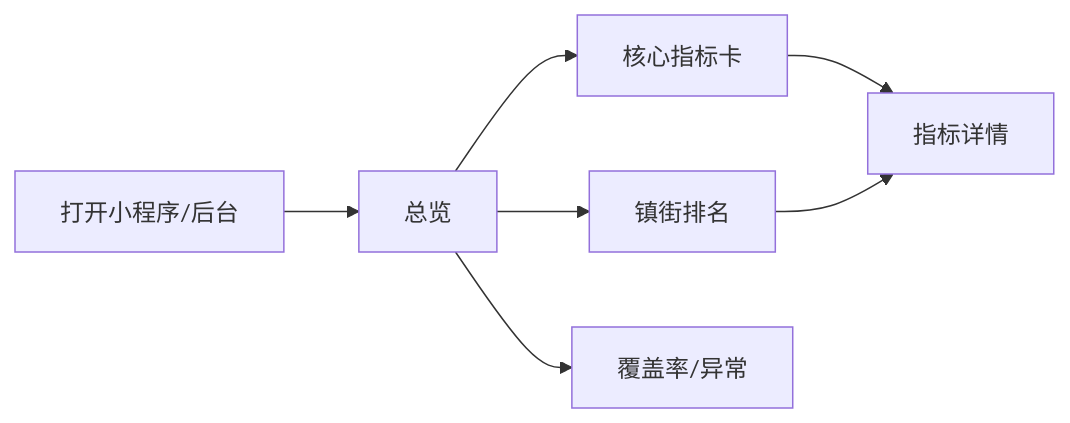
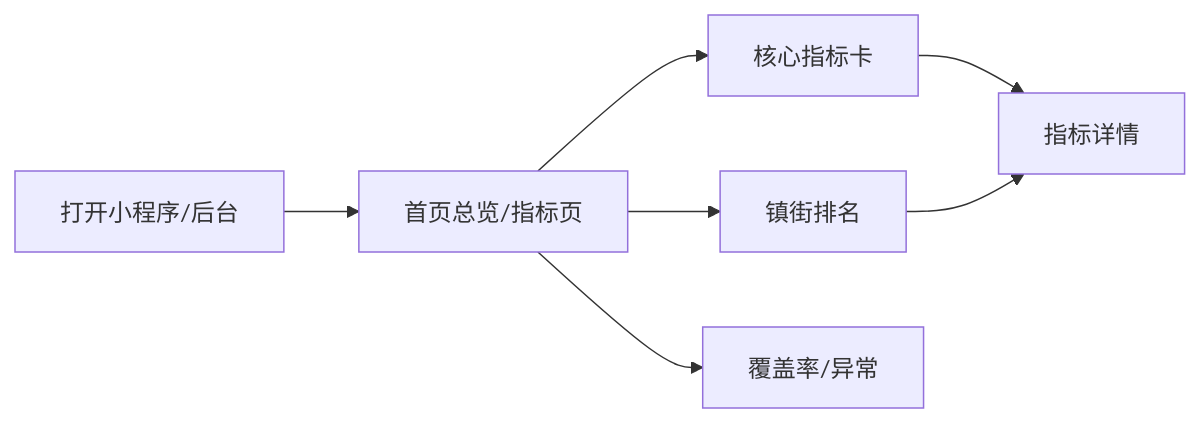
Before and after one commit to plmt3742/IJieDong: the fourth of 10 diagrams in docs/agent/18-workflows.md, drawn with Mermaid. The commit also changed other lines of this file and 31 other files, not shown here.

````diff
--- a/docs/agent/18-workflows.md
+++ b/docs/agent/18-workflows.md
@@ -104,9 +104,9 @@
 ```mermaid
 flowchart LR
-  A[打开小程序/后台] --> B[总览]
+  A[打开小程序/后台] --> B[首页总览/指标页]
   B --> C[核心指标卡]
   B --> D[镇街排名]
   B --> E[覆盖率/异常]
   C --> F[指标详情]
   D --> F
 ```
````
